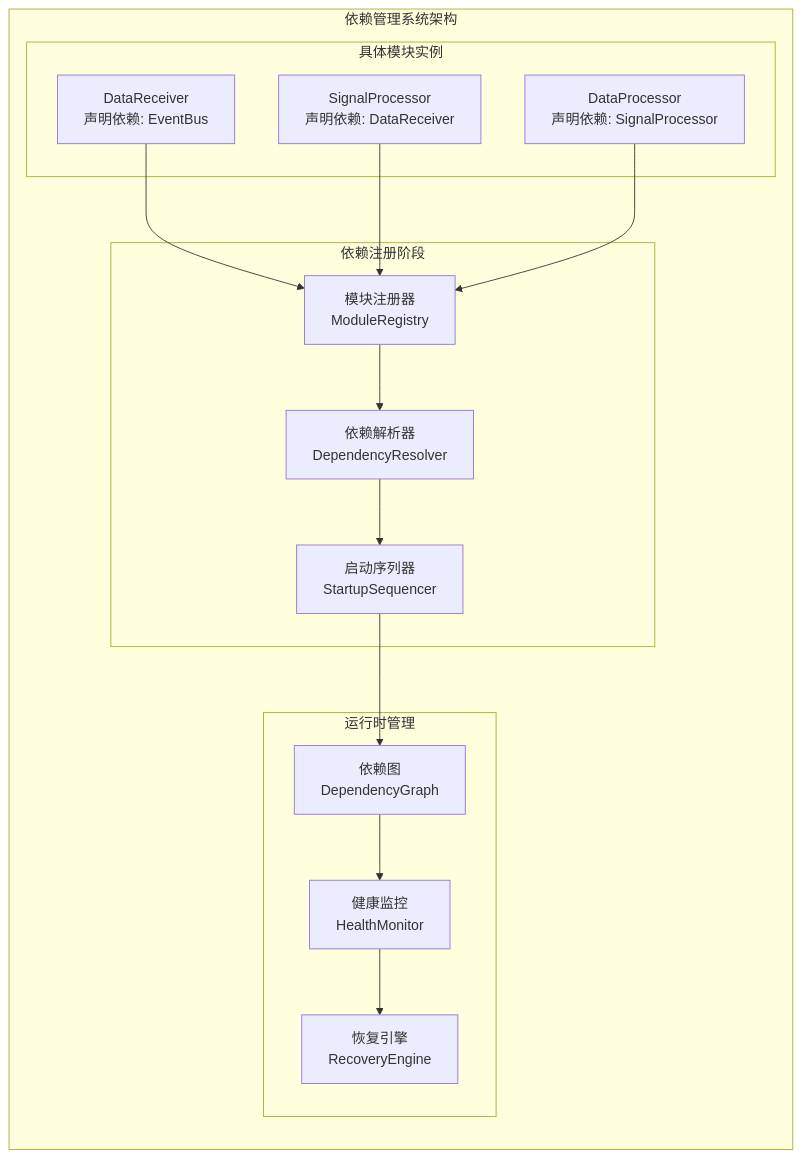
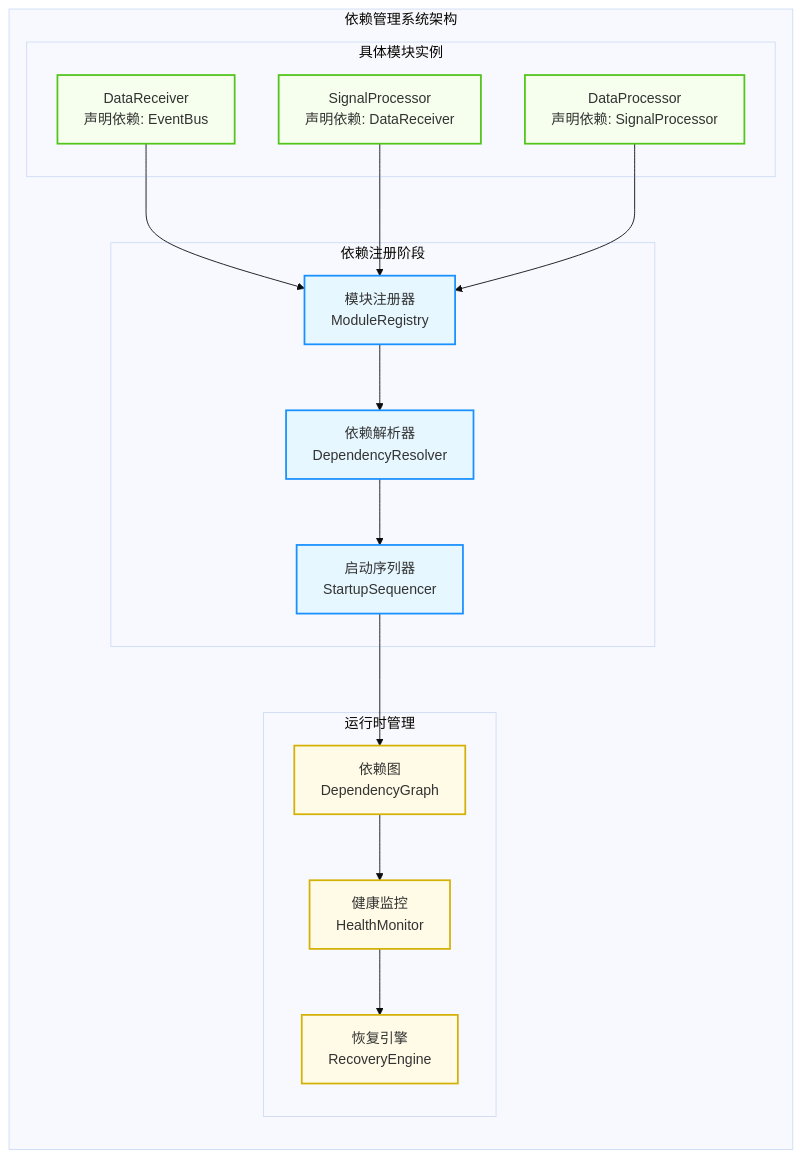
Diagram 14 of 20 in docs/01_项目设计/02_模块设计/99_模块集成策略.md (wendizhou99-cell/Radar), drawn with Mermaid before and after one commit. The commit also changed other lines of this file and 26 other files, not shown here.

First line of the commit message:
docs: 完成数据架构文档系列重构和Mermaid可视化指南增强

````diff
--- a/docs/01_项目设计/02_模块设计/99_模块集成策略.md
+++ b/docs/01_项目设计/02_模块设计/99_模块集成策略.md
@@ -1667,34 +1865,54 @@
 ```mermaid
+---
+config:
+  theme: base
+  flowchart:
+    curve: basis
+---
 graph TB
+    %% 图例说明：
+    %% 依赖注册阶段 (浅蓝): 系统启动时的依赖注册和解析组件
+    %% 运行时管理 (浅黄): 运行时依赖监控和恢复组件
+    %% 具体模块实例 (浅绿): 业务模块及其依赖声明
+
     subgraph "依赖管理系统架构"
         direction TB
 
         subgraph "依赖注册阶段"
             MODULE_REGISTRY[模块注册器<br/>ModuleRegistry]
             DEPENDENCY_RESOLVER[依赖解析器<br/>DependencyResolver]
             STARTUP_SEQUENCER[启动序列器<br/>StartupSequencer]
         end
 
         subgraph "运行时管理"
             DEPENDENCY_GRAPH[依赖图<br/>DependencyGraph]
             HEALTH_MONITOR[健康监控<br/>HealthMonitor]
             RECOVERY_ENGINE[恢复引擎<br/>RecoveryEngine]
         end
 
         subgraph "具体模块实例"
             DATA_RECEIVER[DataReceiver<br/>声明依赖: EventBus]
             SIGNAL_PROC[SignalProcessor<br/>声明依赖: DataReceiver]
             DATA_PROC[DataProcessor<br/>声明依赖: SignalProcessor]
         end
     end
 
     MODULE_REGISTRY --> DEPENDENCY_RESOLVER
     DEPENDENCY_RESOLVER --> STARTUP_SEQUENCER
     STARTUP_SEQUENCER --> DEPENDENCY_GRAPH
     DEPENDENCY_GRAPH --> HEALTH_MONITOR
     HEALTH_MONITOR --> RECOVERY_ENGINE
 
     DATA_RECEIVER --> MODULE_REGISTRY
     SIGNAL_PROC --> MODULE_REGISTRY
     DATA_PROC --> MODULE_REGISTRY
+
+    %% 标准 classDef 模板
+    classDef registration fill:#e6f7ff,stroke:#1890ff,stroke-width:2px
+    classDef runtime fill:#fffbe6,stroke:#d4b106,stroke-width:2px
+    classDef modules fill:#f6ffed,stroke:#52c41a,stroke-width:2px
+
+    class MODULE_REGISTRY,DEPENDENCY_RESOLVER,STARTUP_SEQUENCER registration
+    class DEPENDENCY_GRAPH,HEALTH_MONITOR,RECOVERY_ENGINE runtime
+    class DATA_RECEIVER,SIGNAL_PROC,DATA_PROC modules
 ```
````
